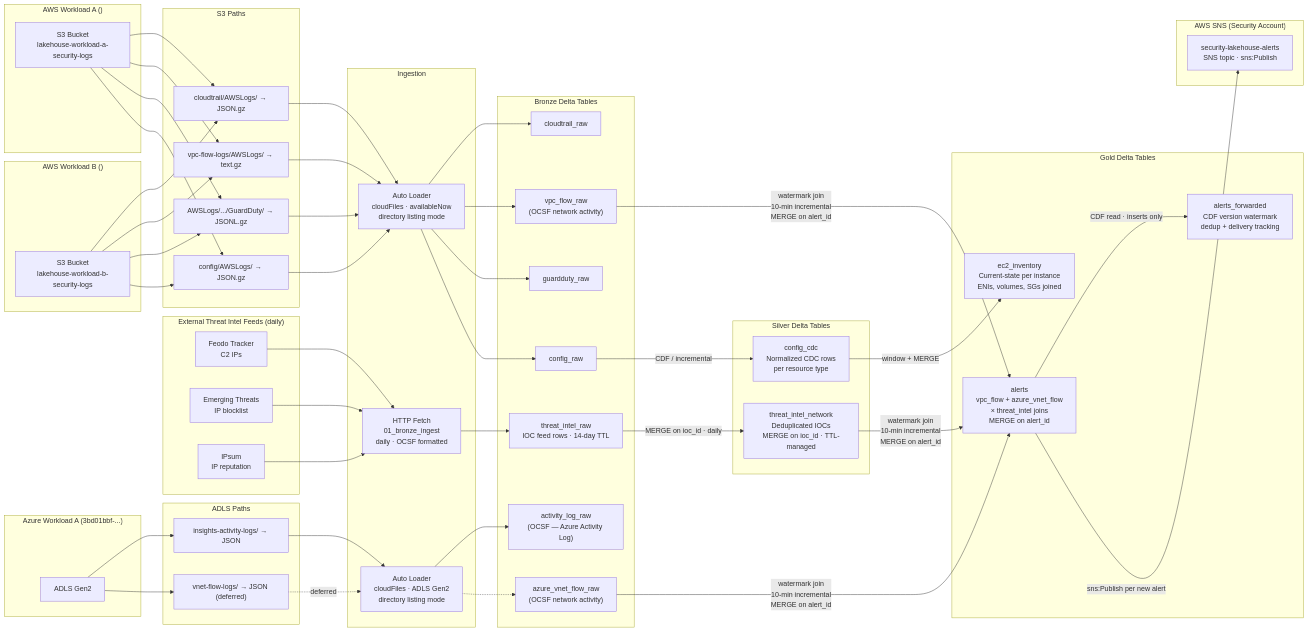
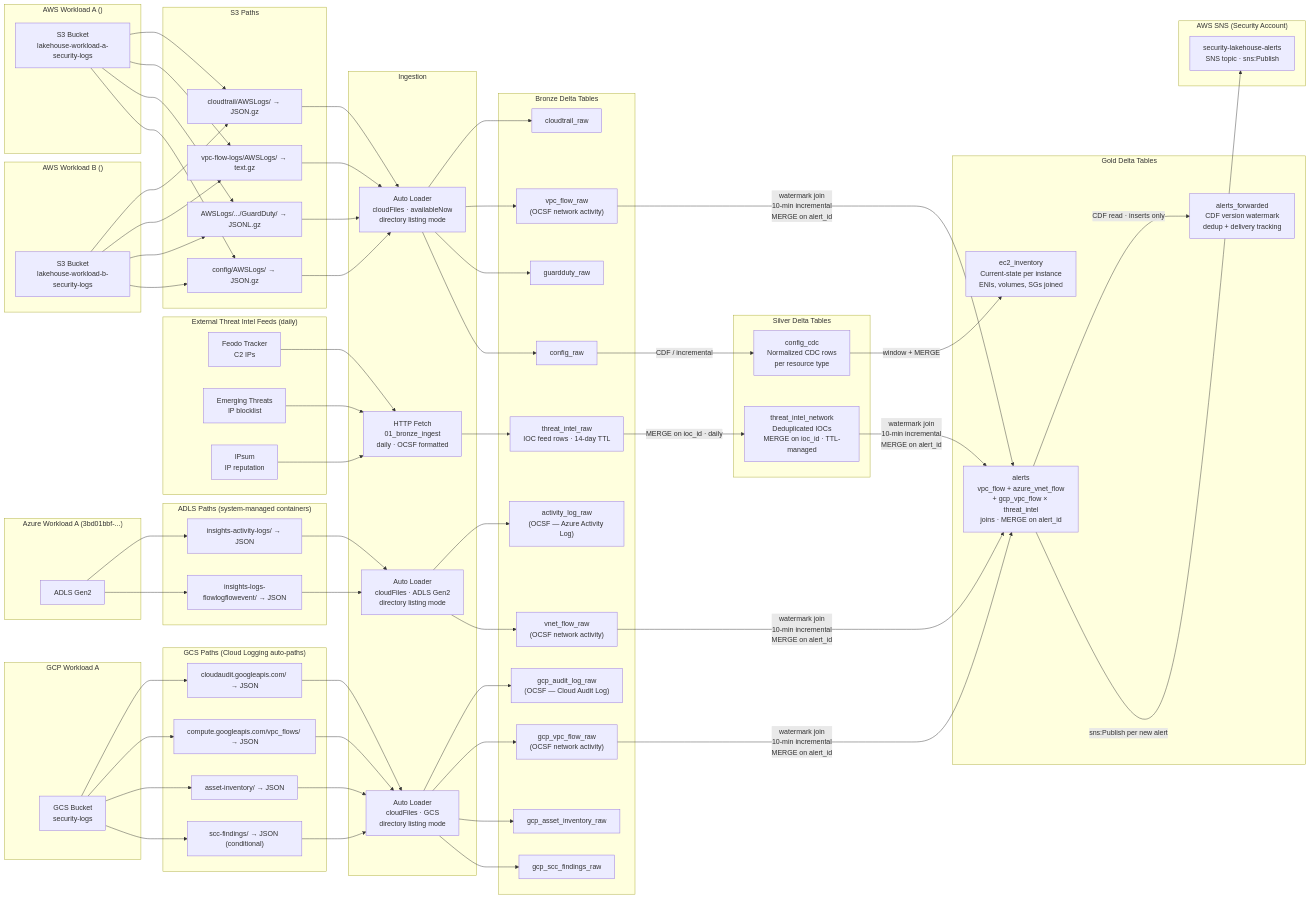
One commit to snk5125/security-data-platform changed the third of 4 diagrams in architecture_diagram.md. Above: the diagram before and after it, drawn with Mermaid. The commit also changed other lines of this file and 68 other files, not shown here.

````diff
--- a/architecture_diagram.md
+++ b/architecture_diagram.md
@@ -302,9 +378,14 @@
         ADLSA["ADLS Gen2<br/><AZURE_LOGS_STORAGE_ACCOUNT>"]
     end
 
+    subgraph "GCP Workload A"
+        GCSA["GCS Bucket<br/>security-logs"]
+    end
+
     subgraph "Ingestion"
         AL["Auto Loader<br/>cloudFiles · availableNow<br/>directory listing mode"]
         ALAZ["Auto Loader<br/>cloudFiles · ADLS Gen2<br/>directory listing mode"]
+        ALGCP["Auto Loader<br/>cloudFiles · GCS<br/>directory listing mode"]
         TI_FETCH["HTTP Fetch<br/>01_bronze_ingest<br/>daily · OCSF formatted"]
     end
 
@@ -314,7 +395,11 @@
         GD["guardduty_raw"]
         CF["config_raw"]
         AZACT["activity_log_raw<br/>(OCSF — Azure Activity Log)"]
-        AZVF["azure_vnet_flow_raw<br/>(OCSF network activity)"]
+        AZVF["vnet_flow_raw<br/>(OCSF network activity)"]
+        GCPAUDITRAW["gcp_audit_log_raw<br/>(OCSF — Cloud Audit Log)"]
+        GCPFLOWRAW["gcp_vpc_flow_raw<br/>(OCSF network activity)"]
+        GCPASSETRAW["gcp_asset_inventory_raw"]
+        GCPSCCRAW["gcp_scc_findings_raw"]
         TIR["threat_intel_raw<br/>IOC feed rows · 14-day TTL"]
     end
 
@@ -325,7 +410,7 @@
 
     subgraph "Gold Delta Tables"
         EC2["ec2_inventory<br/>Current-state per instance<br/>ENIs, volumes, SGs joined"]
-        ALERTS["alerts<br/>vpc_flow + azure_vnet_flow<br/>× threat_intel joins<br/>MERGE on alert_id"]
+        ALERTS["alerts<br/>vpc_flow + azure_vnet_flow<br/>+ gcp_vpc_flow × threat_intel<br/>joins · MERGE on alert_id"]
         AFWD["alerts_forwarded<br/>CDF version watermark<br/>dedup + delivery tracking"]
     end
 
@@ -340,26 +425,38 @@
         P4["config/AWSLogs/ → JSON.gz"]
     end
 
-    subgraph "ADLS Paths"
+    subgraph "ADLS Paths (system-managed containers)"
         PA1["insights-activity-logs/ → JSON"]
-        PA2["vnet-flow-logs/ → JSON (deferred)"]
+        PA2["insights-logs-flowlogflowevent/ → JSON"]
+    end
+
+    subgraph "GCS Paths (Cloud Logging auto-paths)"
+        PG1["cloudaudit.googleapis.com/ → JSON"]
+        PG2["compute.googleapis.com/vpc_flows/ → JSON"]
+        PG3["asset-inventory/ → JSON"]
+        PG4["scc-findings/ → JSON (conditional)"]
     end
 
     S3A --> P1 & P2 & P3 & P4
     S3B --> P1 & P2 & P3 & P4
     ADLSA --> PA1 & PA2
+    GCSA --> PG1 & PG2 & PG3 & PG4
     P1 --> AL --> CT
     P2 --> AL --> VF
     P3 --> AL --> GD
     P4 --> AL --> CF
     PA1 --> ALAZ --> AZACT
-    PA2 -.->|"deferred"| ALAZ -.-> AZVF
+    PA2 --> ALAZ --> AZVF
+    PG1 --> ALGCP --> GCPAUDITRAW
+    PG2 --> ALGCP --> GCPFLOWRAW
+    PG3 --> ALGCP --> GCPASSETRAW
+    PG4 --> ALGCP --> GCPSCCRAW
     FEODO & ET & IPSUM --> TI_FETCH --> TIR
 
     CF -->|"CDF / incremental"| CDC
     CDC -->|"window + MERGE"| EC2
     TIR -->|"MERGE on ioc_id · daily"| TIN
-    VF & AZVF & TIN -->|"watermark join<br/>10-min incremental<br/>MERGE on alert_id"| ALERTS
+    VF & AZVF & GCPFLOWRAW & TIN -->|"watermark join<br/>10-min incremental<br/>MERGE on alert_id"| ALERTS
     ALERTS -->|"CDF read · inserts only"| AFWD
     ALERTS -->|"sns:Publish per new alert"| SNS
 ```
````
